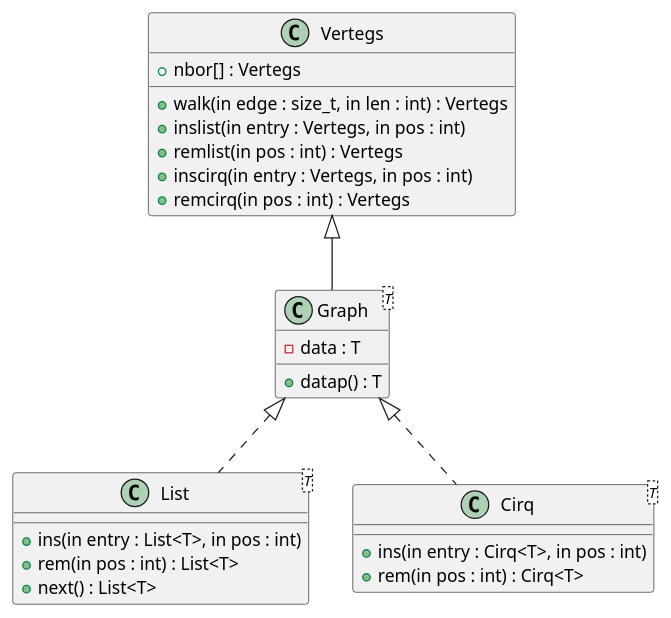
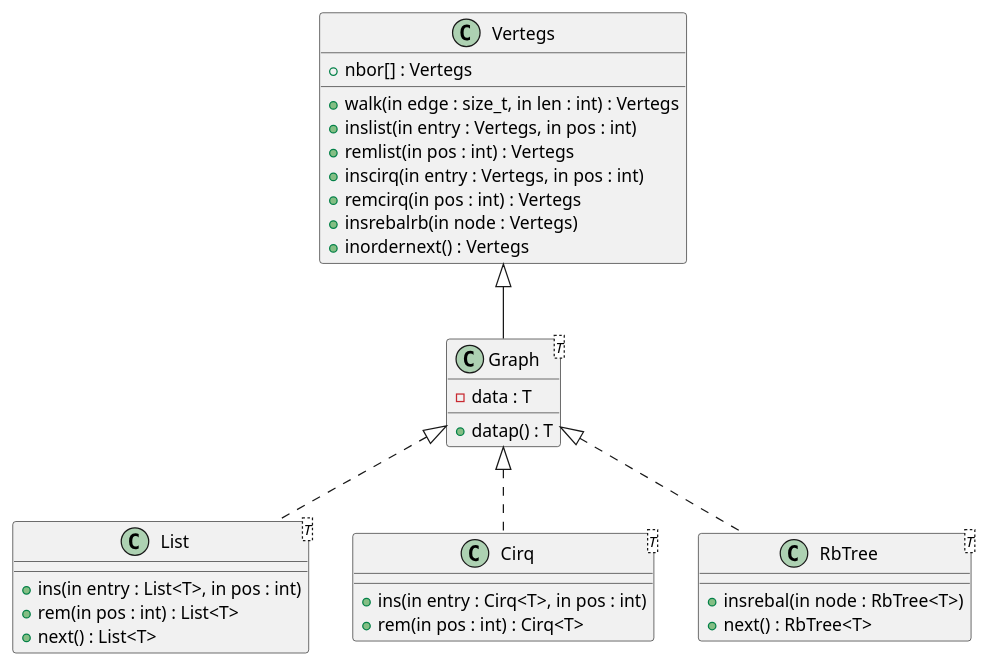
The diagram in include/vertegs/docs/hierarchy.puml (SzymonTurno/sturk), drawn with PlantUML before and after one commit. The commit also changed 17 other files, not shown here.

```diff
--- a/include/vertegs/docs/hierarchy.puml
+++ b/include/vertegs/docs/hierarchy.puml
@@ -1,28 +1,35 @@
-@startuml
+@startuml "Vertegs data types"
 
 class Vertegs {
     +nbor[] : Vertegs
     +walk(in edge : size_t, in len : int) : Vertegs
     +inslist(in entry : Vertegs, in pos : int)
     +remlist(in pos : int) : Vertegs
     +inscirq(in entry : Vertegs, in pos : int)
     +remcirq(in pos : int) : Vertegs
+    +insrebalrb(in node : Vertegs)
+    +inordernext() : Vertegs
 }
 
 class Graph<T> extends Vertegs {
     -data : T
     +datap() : T
 }
 
 class List<T> implements Graph {
     +ins(in entry : List<T>, in pos : int)
     +rem(in pos : int) : List<T>
     +next() : List<T>
 }
 
 class Cirq<T> implements Graph {
     +ins(in entry : Cirq<T>, in pos : int)
     +rem(in pos : int) : Cirq<T>
 }
 
+class RbTree<T> implements Graph {
+    +insrebal(in node : RbTree<T>)
+    +next() : RbTree<T>
+}
+
 @enduml
```
